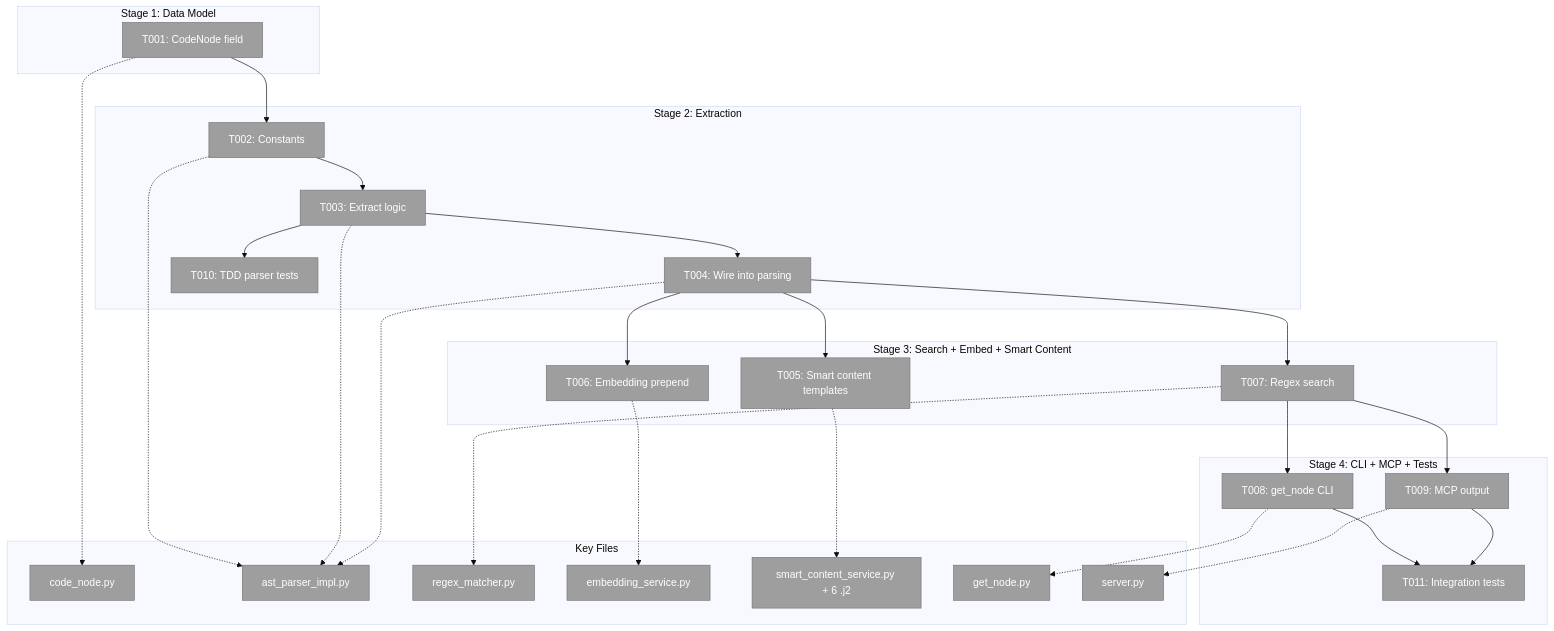
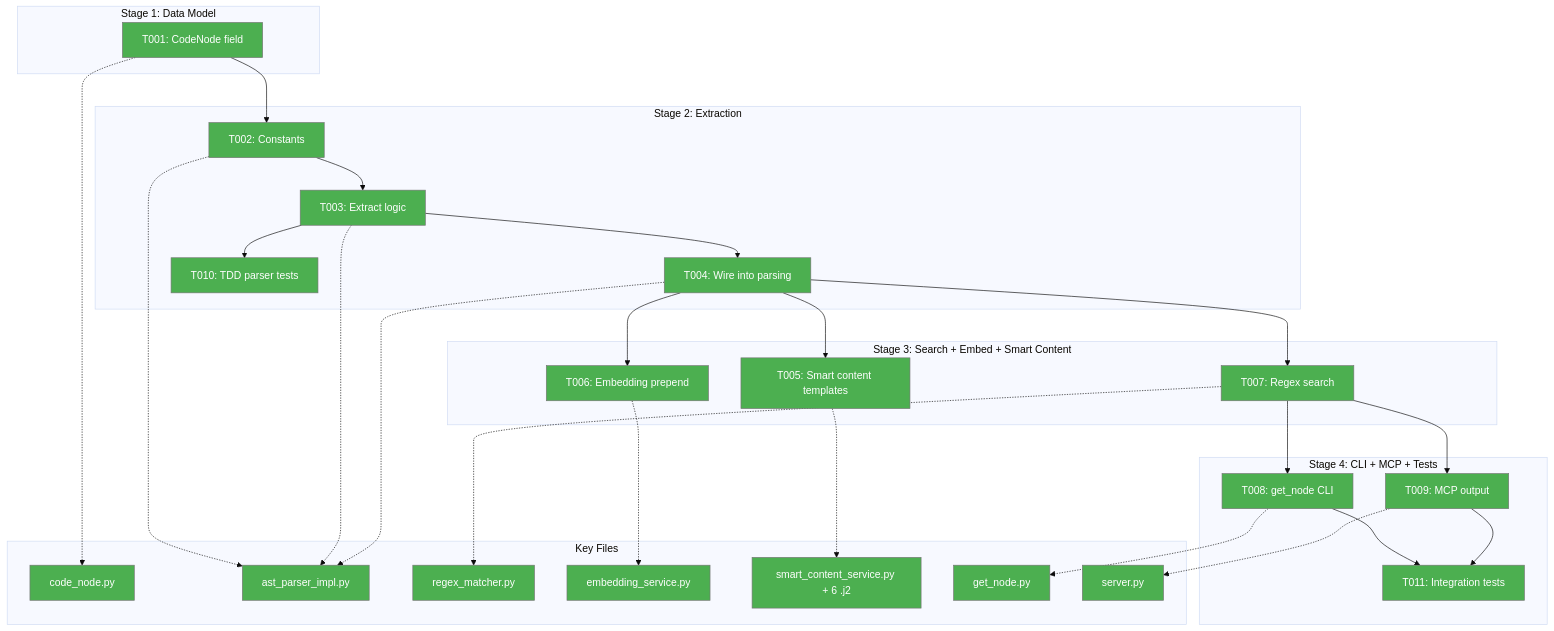
One commit to AI-Substrate/flow_squared changed the first of 4 diagrams in docs/plans/037-leading-context-capture/tasks/implementation/tasks.md. Above: the diagram before and after it, drawn with Mermaid (base theme). The commit also changed 4 other files, not shown here.

````diff
--- a/docs/plans/037-leading-context-capture/tasks/implementation/tasks.md
+++ b/docs/plans/037-leading-context-capture/tasks/implementation/tasks.md
@@ -41,59 +41,59 @@
 ```mermaid
 flowchart TD
-    classDef pending fill:#9E9E9E,stroke:#757575,color:#fff
+    classDef done fill:#4CAF50,stroke:#757575,color:#fff
 
     subgraph Foundation["Stage 1: Data Model"]
-        T001["T001: CodeNode field"]:::pending
+        T001["T001: CodeNode field"]:::done
     end
 
     subgraph Parser["Stage 2: Extraction"]
-        T002["T002: Constants"]:::pending
-        T003["T003: Extract logic"]:::pending
-        T004["T004: Wire into parsing"]:::pending
-        T010["T010: TDD parser tests"]:::pending
+        T002["T002: Constants"]:::done
+        T003["T003: Extract logic"]:::done
+        T004["T004: Wire into parsing"]:::done
+        T010["T010: TDD parser tests"]:::done
     end
 
     subgraph Integration["Stage 3: Search + Embed + Smart Content"]
-        T005["T005: Smart content templates"]:::pending
-        T006["T006: Embedding prepend"]:::pending
-        T007["T007: Regex search"]:::pending
+        T005["T005: Smart content templates"]:::done
+        T006["T006: Embedding prepend"]:::done
+        T007["T007: Regex search"]:::done
     end
 
     subgraph Output["Stage 4: CLI + MCP + Tests"]
-        T008["T008: get_node CLI"]:::pending
-        T009["T009: MCP output"]:::pending
-        T011["T011: Integration tests"]:::pending
+        T008["T008: get_node CLI"]:::done
+        T009["T009: MCP output"]:::done
+        T011["T011: Integration tests"]:::done
     end
 
     T001 --> T002
     T002 --> T003
     T003 --> T004
     T003 --> T010
     T004 --> T005
     T004 --> T006
     T004 --> T007
     T007 --> T008
     T007 --> T009
     T008 --> T011
     T009 --> T011
 
     subgraph Files["Key Files"]
-        F1["code_node.py"]:::pending
-        F2["ast_parser_impl.py"]:::pending
-        F3["regex_matcher.py"]:::pending
-        F4["embedding_service.py"]:::pending
-        F5["smart_content_service.py + 6 .j2"]:::pending
-        F6["get_node.py"]:::pending
-        F7["server.py"]:::pending
+        F1["code_node.py"]:::done
+        F2["ast_parser_impl.py"]:::done
+        F3["regex_matcher.py"]:::done
+        F4["embedding_service.py"]:::done
+        F5["smart_content_service.py + 6 .j2"]:::done
+        F6["get_node.py"]:::done
+        F7["server.py"]:::done
     end
 
     T001 -.-> F1
     T002 -.-> F2
     T003 -.-> F2
     T004 -.-> F2
     T006 -.-> F4
     T005 -.-> F5
     T007 -.-> F3
     T008 -.-> F6
     T009 -.-> F7
 ```
````
